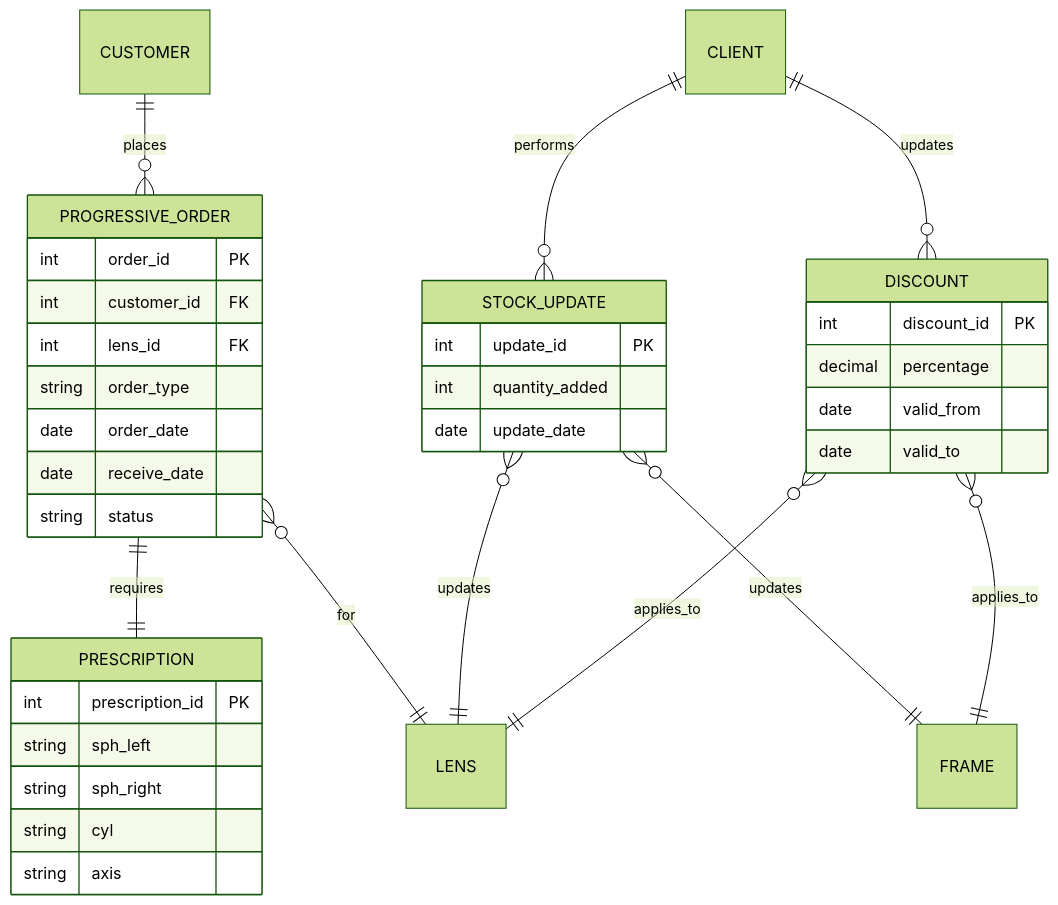
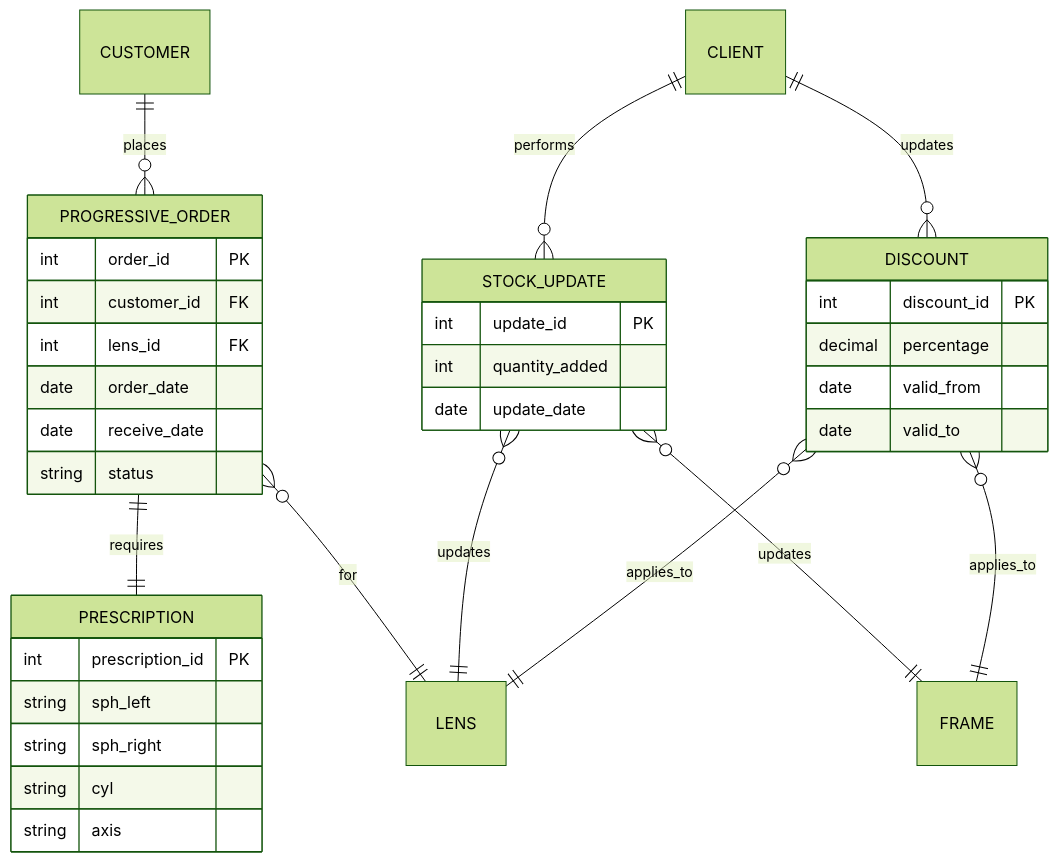
Before and after one commit to Apeiro-code/my-opty-v2: the eighth of 15 diagrams in README.md, drawn with Mermaid (forest theme). The commit also changed other lines of this file and 6259 other files, not shown here.

````diff
--- a/README.md
+++ b/README.md
@@ -1307,40 +969,39 @@
 ```mermaid
 erDiagram
     CUSTOMER ||--o{ PROGRESSIVE_ORDER : places
     PROGRESSIVE_ORDER ||--|| PRESCRIPTION : requires
     PROGRESSIVE_ORDER }o--|| LENS : for
     CLIENT ||--o{ DISCOUNT : updates
     CLIENT ||--o{ STOCK_UPDATE : performs
     STOCK_UPDATE }o--|| LENS : updates
     STOCK_UPDATE }o--|| FRAME : updates
     DISCOUNT }o--|| LENS : applies_to
     DISCOUNT }o--|| FRAME : applies_to
 
     PROGRESSIVE_ORDER {
         int order_id PK
         int customer_id FK
         int lens_id FK
-        string order_type
         date order_date
         date receive_date
         string status
     }
     PRESCRIPTION {
         int prescription_id PK
         string sph_left
         string sph_right
         string cyl
         string axis
     }
     DISCOUNT {
         int discount_id PK
         decimal percentage
         date valid_from
         date valid_to
     }
     STOCK_UPDATE {
         int update_id PK
         int quantity_added
         date update_date
     }
 ```
````
